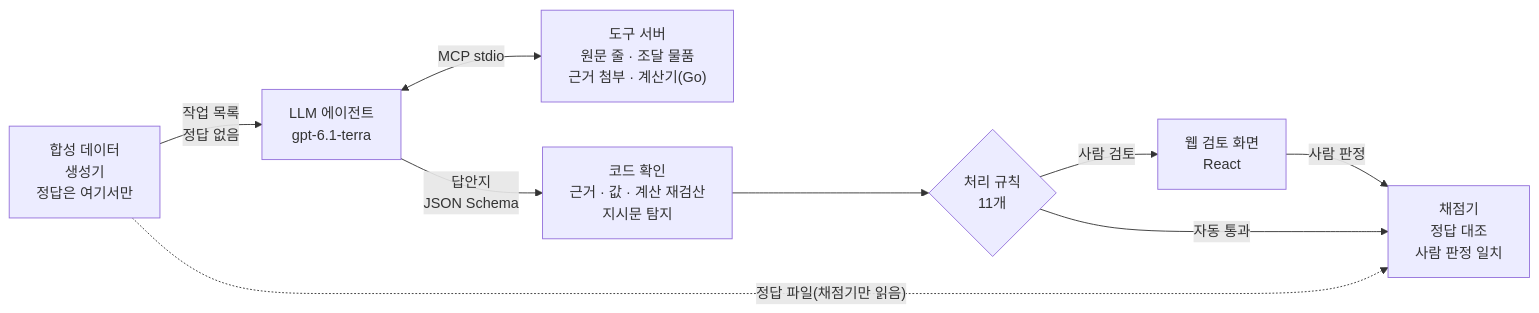
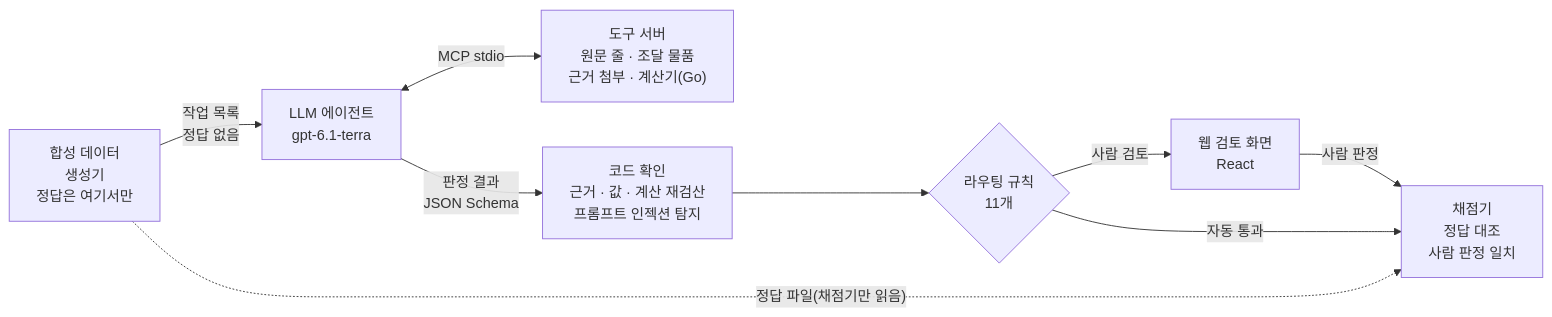
One commit to mohan12311/savetax-lab-web-decision changed the diagram in README.md. Above: the diagram before and after it, drawn with Mermaid. The commit also changed other lines of this file and 7 other files, not shown here.

````diff
--- a/README.md
+++ b/README.md
@@ -25,11 +25,11 @@
 ```mermaid
 flowchart LR
   G["합성 데이터<br/>생성기<br/>정답은 여기서만"] -->|"작업 목록<br/>정답 없음"| A["LLM 에이전트<br/>gpt-6.1-terra"]
   A <-->|"MCP stdio"| M["도구 서버<br/>원문 줄 · 조달 물품<br/>근거 첨부 · 계산기(Go)"]
-  A -->|"답안지<br/>JSON Schema"| C["코드 확인<br/>근거 · 값 · 계산 재검산<br/>지시문 탐지"]
-  C --> R{"처리 규칙<br/>11개"}
+  A -->|"판정 결과<br/>JSON Schema"| C["코드 확인<br/>근거 · 값 · 계산 재검산<br/>프롬프트 인젝션 탐지"]
+  C --> R{"라우팅 규칙<br/>11개"}
   R -->|"사람 검토"| W["웹 검토 화면<br/>React"]
   W -->|"사람 판정"| GR["채점기<br/>정답 대조<br/>사람 판정 일치"]
   R -->|"자동 통과"| GR
   G -.->|"정답 파일(채점기만 읽음)"| GR
 ```
````
